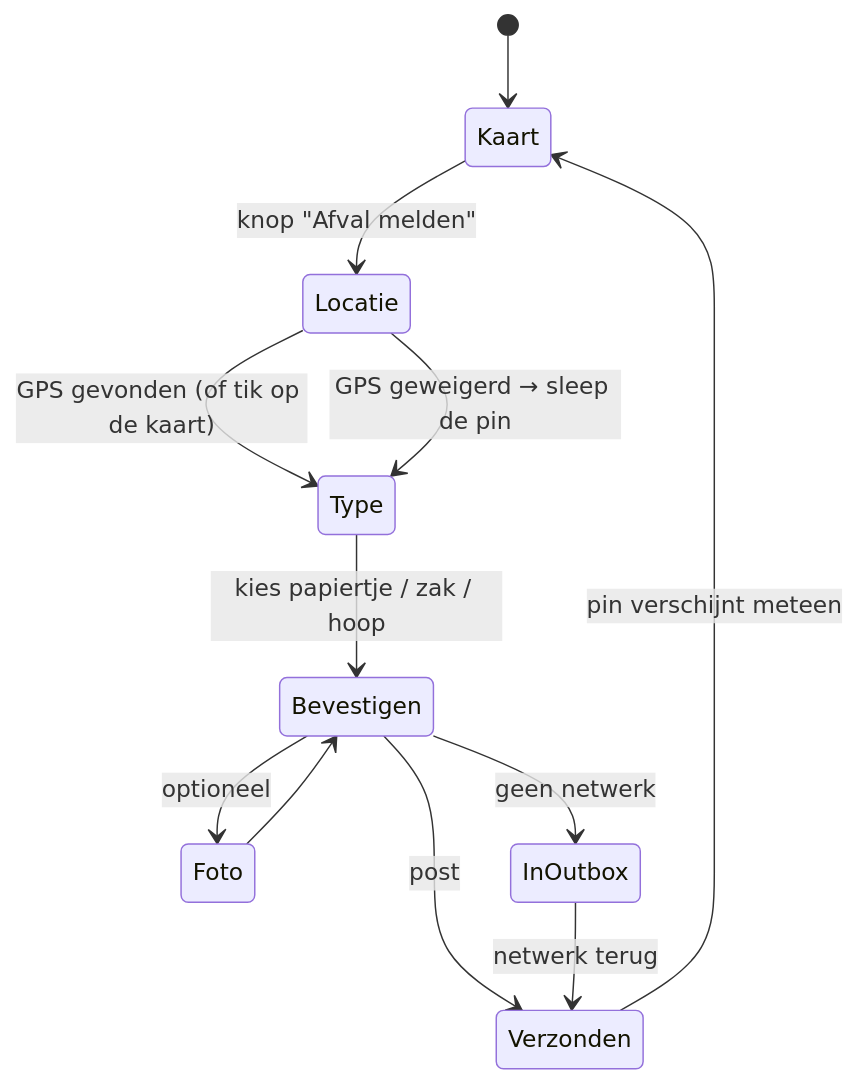
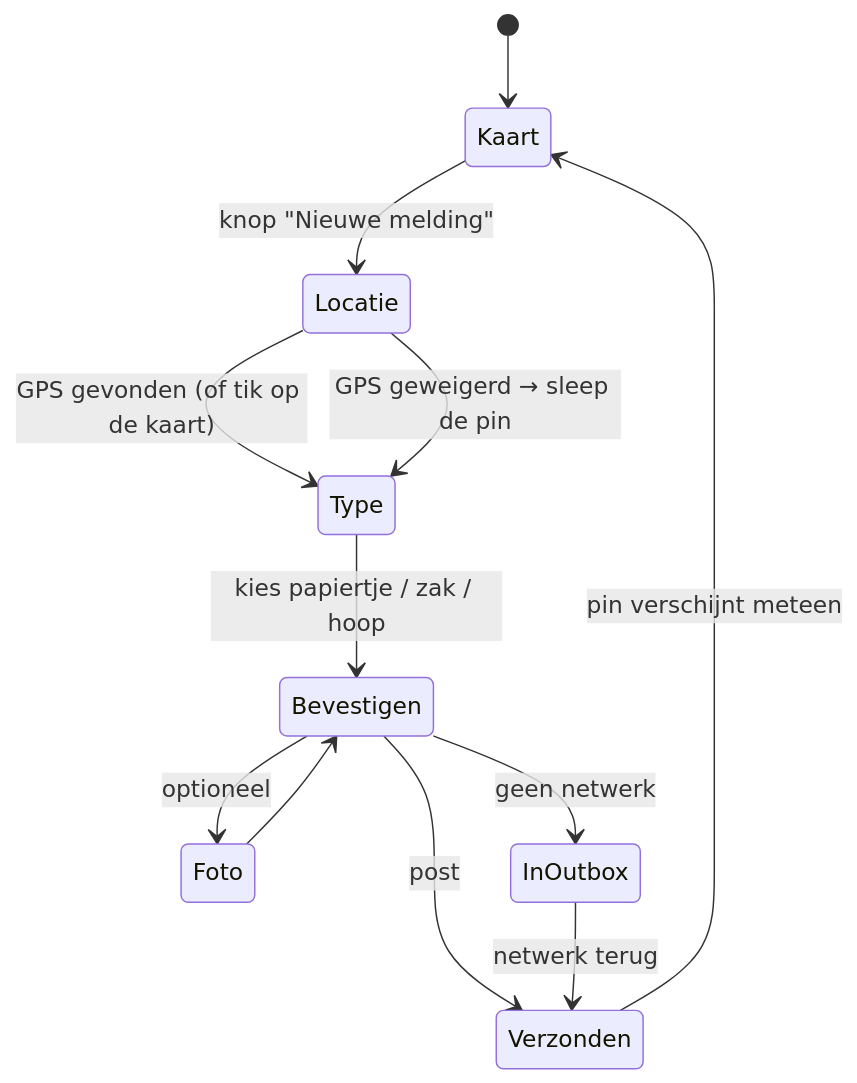
Before and after one commit to Frakke99/civiceye: the diagram in docs/05-mobile-client.md, drawn with Mermaid. The commit also changed other lines of this file and 16 other files, not shown here.

````diff
--- a/docs/05-mobile-client.md
+++ b/docs/05-mobile-client.md
@@ -40,14 +40,14 @@
 ```mermaid
 stateDiagram-v2
     [*] --> Kaart
-    Kaart --> Locatie: knop "Afval melden"
+    Kaart --> Locatie: knop "Nieuwe melding"
     Locatie --> Type: GPS gevonden (of tik op de kaart)
     Locatie --> Type: GPS geweigerd → sleep de pin
     Type --> Bevestigen: kies papiertje / zak / hoop
     Bevestigen --> Foto: optioneel
     Foto --> Bevestigen
     Bevestigen --> Verzonden: post
     Verzonden --> Kaart: pin verschijnt meteen
     Bevestigen --> InOutbox: geen netwerk
     InOutbox --> Verzonden: netwerk terug
 ```
````
